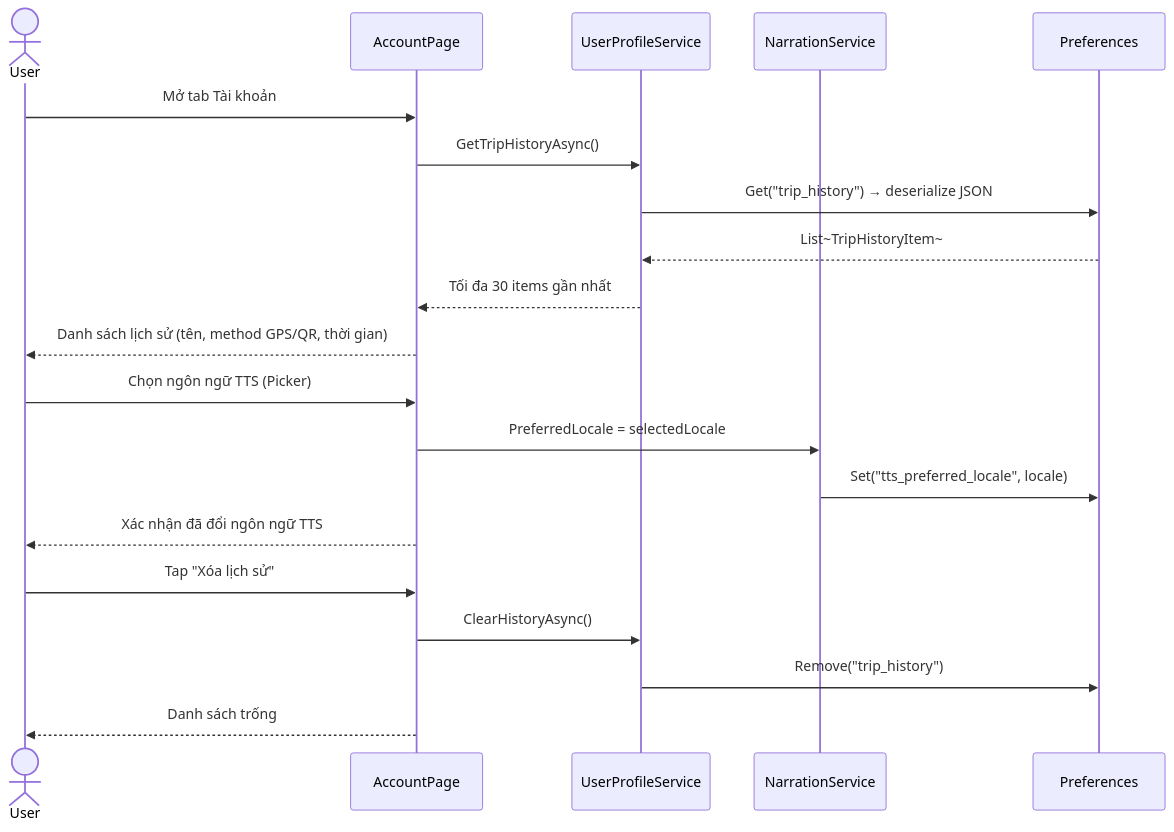
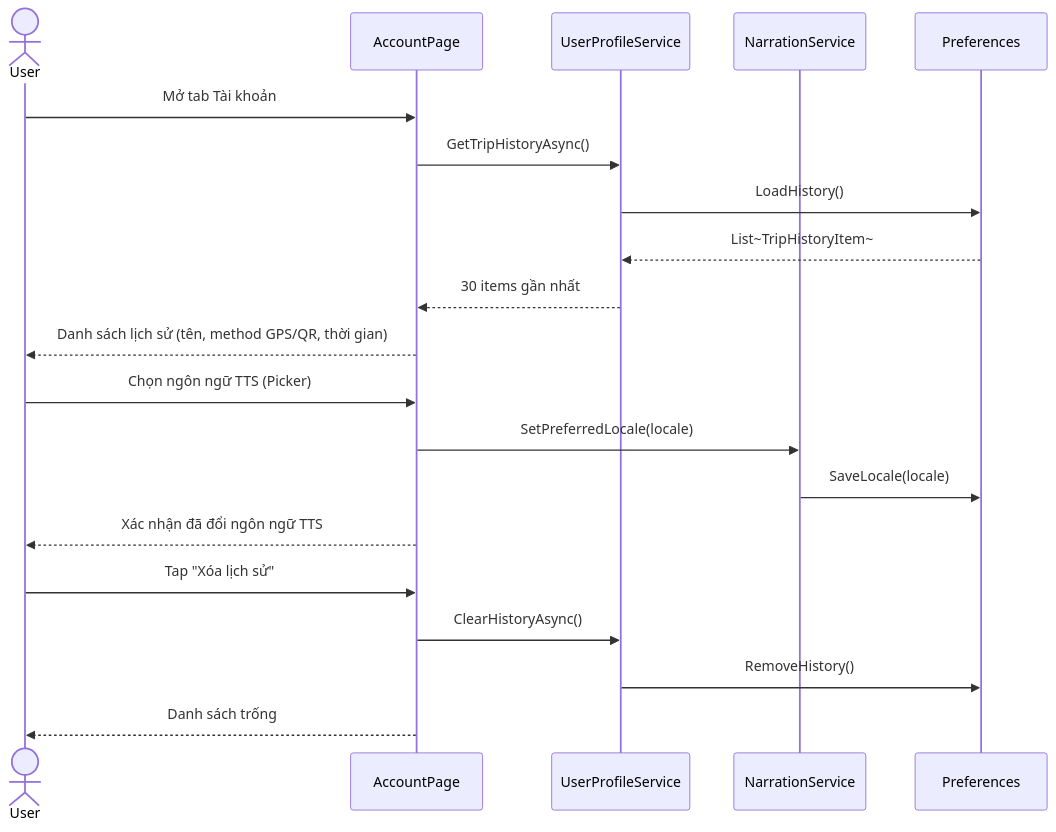
Before and after one commit to MTai55/csharp: diagram 13 of 27 in PRD.md, drawn with Mermaid. The commit also changed other lines of this file, not shown here.

Commit message:
Sửa Sequence trong prd

````diff
--- a/PRD.md
+++ b/PRD.md
@@ -1704,25 +1760,25 @@
 ```mermaid
 sequenceDiagram
     actor User
     participant AccountPage
     participant UPS as UserProfileService
     participant NS as NarrationService
     participant Prefs as Preferences
 
     User->>AccountPage: Mở tab Tài khoản
     AccountPage->>UPS: GetTripHistoryAsync()
-    UPS->>Prefs: Get("trip_history") → deserialize JSON
+    UPS->>Prefs: LoadHistory()
     Prefs-->>UPS: List~TripHistoryItem~
-    UPS-->>AccountPage: Tối đa 30 items gần nhất
+    UPS-->>AccountPage: 30 items gần nhất
     AccountPage-->>User: Danh sách lịch sử (tên, method GPS/QR, thời gian)
 
     User->>AccountPage: Chọn ngôn ngữ TTS (Picker)
-    AccountPage->>NS: PreferredLocale = selectedLocale
-    NS->>Prefs: Set("tts_preferred_locale", locale)
+    AccountPage->>NS: SetPreferredLocale(locale)
+    NS->>Prefs: SaveLocale(locale)
     AccountPage-->>User: Xác nhận đã đổi ngôn ngữ TTS
 
     User->>AccountPage: Tap "Xóa lịch sử"
     AccountPage->>UPS: ClearHistoryAsync()
-    UPS->>Prefs: Remove("trip_history")
+    UPS->>Prefs: RemoveHistory()
     AccountPage-->>User: Danh sách trống
 ```
````
